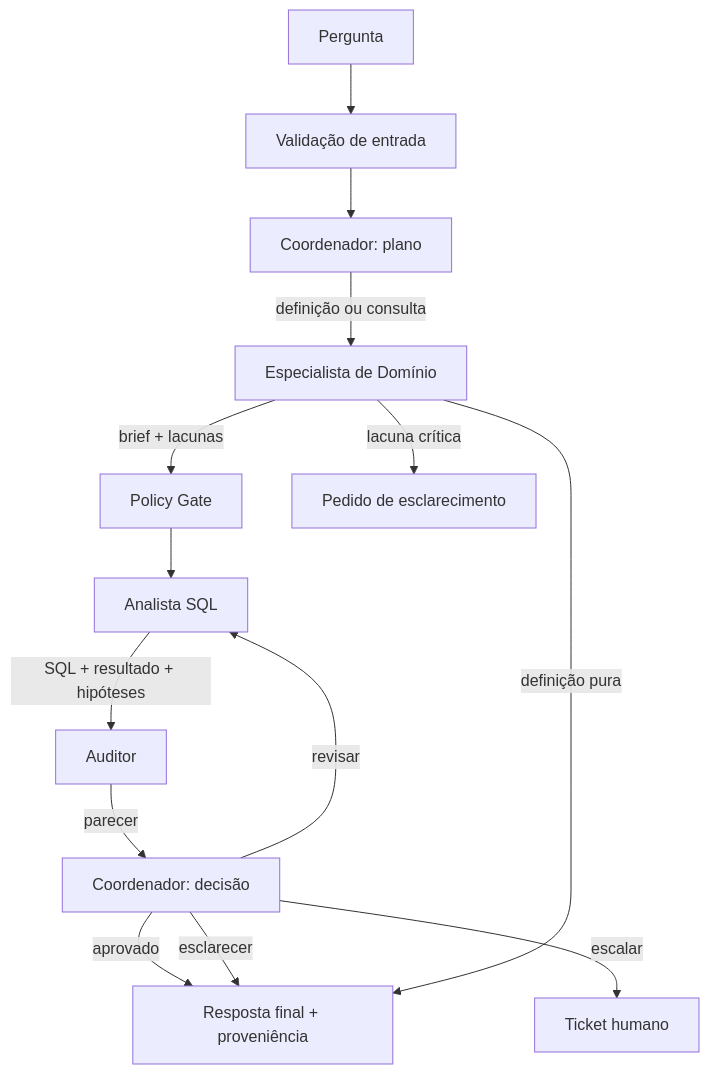
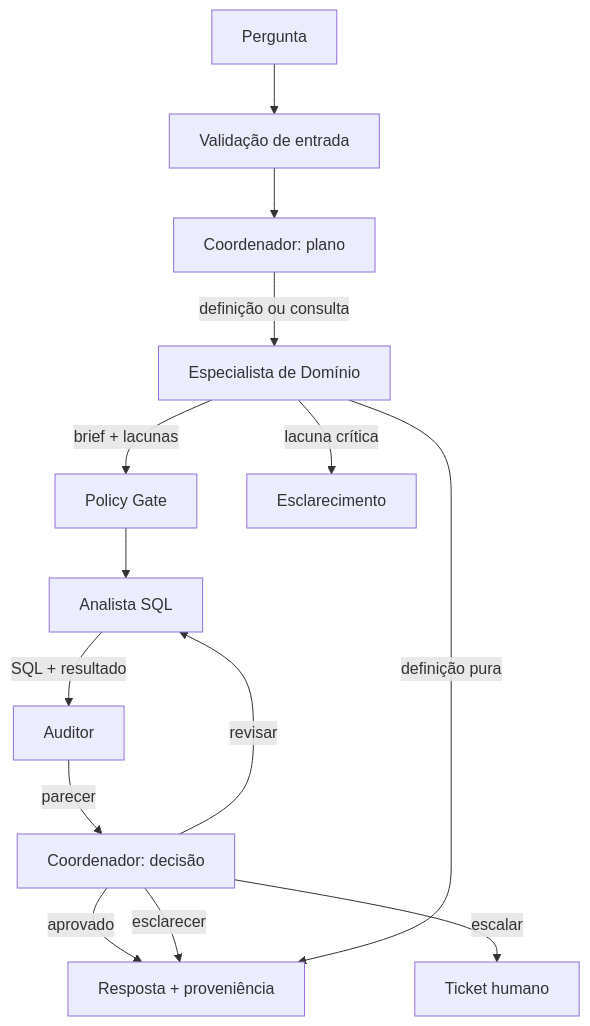
One commit to steingui/aurora-multiagente changed the diagram in README.md. Above: the diagram before and after it, drawn with Mermaid. The commit also changed other lines of this file, not shown here.

````diff
--- a/README.md
+++ b/README.md
@@ -37,16 +24,16 @@
 ```mermaid
 flowchart TD
     U[Pergunta] --> V[Validação de entrada]
     V --> C[Coordenador: plano]
     C -->|definição ou consulta| D[Especialista de Domínio]
     D -->|brief + lacunas| P[Policy Gate]
     P --> A[Analista SQL]
-    A -->|SQL + resultado + hipóteses| R[Auditor]
+    A -->|SQL + resultado| R[Auditor]
     R -->|parecer| C2[Coordenador: decisão]
-    C2 -->|aprovado| F[Resposta final + proveniência]
+    C2 -->|aprovado| F[Resposta + proveniência]
     C2 -->|revisar| A
     C2 -->|escalar| E[Ticket humano]
     C2 -->|esclarecer| F
     D -->|definição pura| F
-    D -->|lacuna crítica| Q[Pedido de esclarecimento]
+    D -->|lacuna crítica| Q[Esclarecimento]
 ```
````
